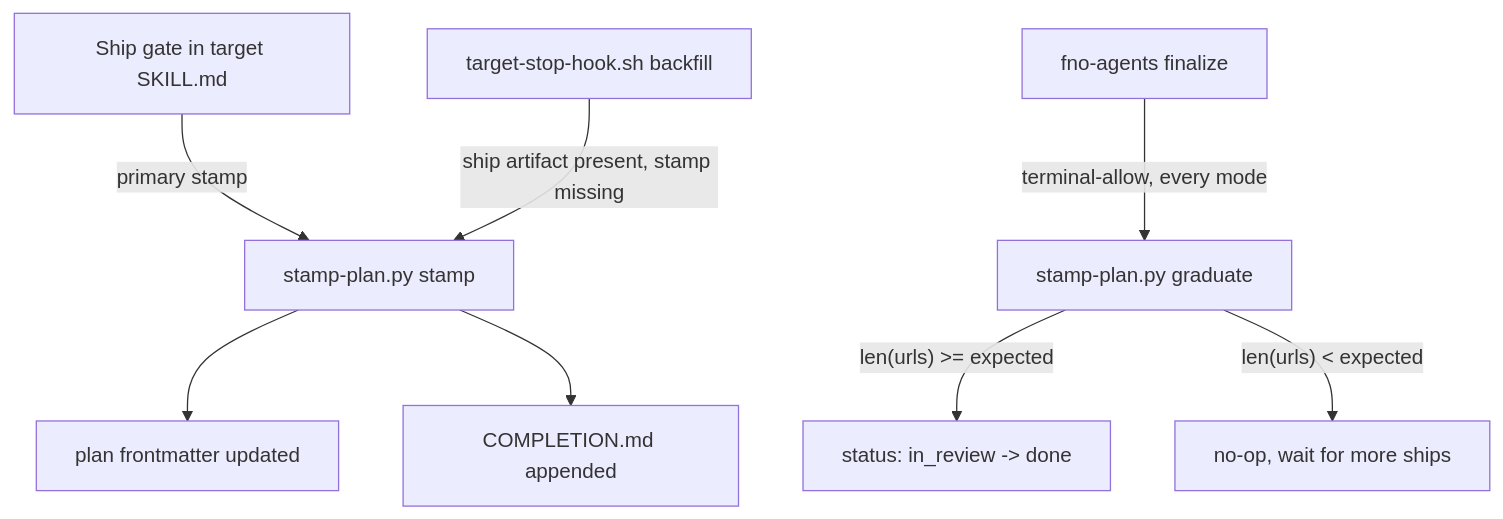
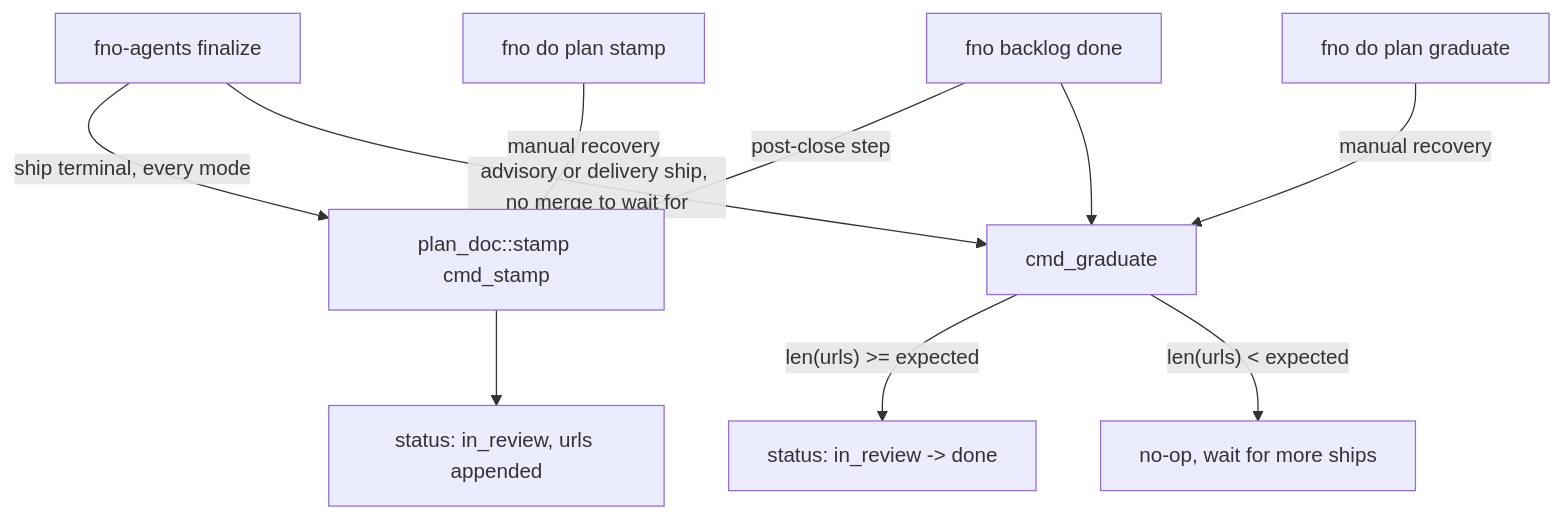
Before and after one commit to bllshttng/fno: the diagram in docs/architecture/plan-completion-stamp.md, drawn with Mermaid. The commit also changed other lines of this file and 165 other files, not shown here.

````diff
--- a/docs/architecture/plan-completion-stamp.md
+++ b/docs/architecture/plan-completion-stamp.md
@@ -100,12 +89,12 @@
 ```mermaid
 flowchart TD
-    SHIP[Ship gate in target SKILL.md] -->|primary stamp| SP[stamp-plan.py stamp]
-    SP --> FM[plan frontmatter updated]
-    SP --> CM[COMPLETION.md appended]
-
-    FIN[fno-agents finalize] -->|terminal-allow, every mode| GRAD[stamp-plan.py graduate]
-    GRAD -->|"len(urls) >= expected"| DONE[status: in_review -> done]
+    FIN[fno-agents finalize] -->|ship terminal, every mode| SP[plan_doc::stamp cmd_stamp]
+    DONE[fno backlog done] -->|post-close step| SP
+    MAN[fno do plan stamp] -->|manual recovery| SP
+    SP --> FM[status: in_review, urls appended]
+    FIN -->|advisory or delivery ship, no merge to wait for| GRAD[cmd_graduate]
+    DONE --> GRAD
+    MANG[fno do plan graduate] -->|manual recovery| GRAD
+    GRAD -->|"len(urls) >= expected"| OK[status: in_review -> done]
     GRAD -->|"len(urls) < expected"| NOOP[no-op, wait for more ships]
-
-    HOOK[target-stop-hook.sh backfill] -->|ship artifact present, stamp missing| SP
 ```
````
